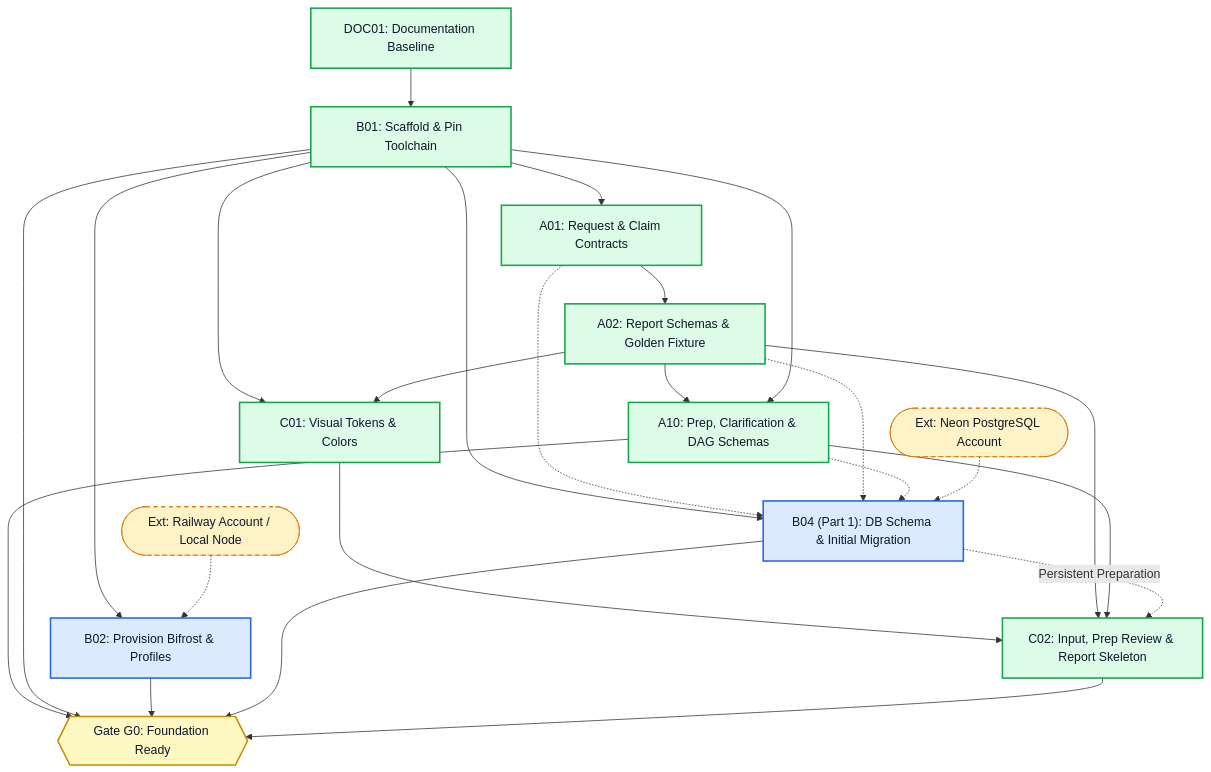
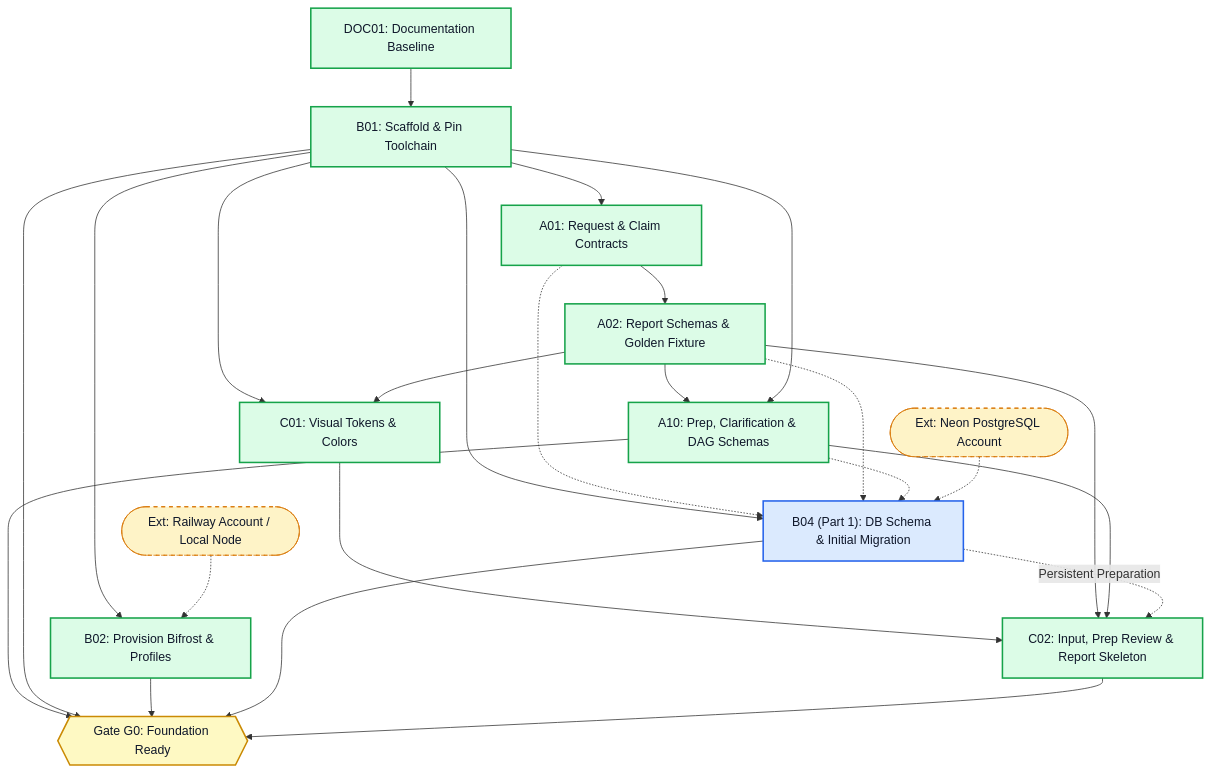
Before and after one commit to Driftaxe/Afterfact: the second of 6 diagrams in docs/PARALLEL-WORK-PLAN.md, drawn with Mermaid. The commit also changed other lines of this file, not shown here.

````diff
--- a/docs/PARALLEL-WORK-PLAN.md
+++ b/docs/PARALLEL-WORK-PLAN.md
@@ -129,51 +129,51 @@
 ```mermaid
 flowchart TD
     classDef verified fill:#dcfce7,stroke:#16a34a,stroke-width:2px,color:#0f172a;
     classDef unblocked fill:#dbeafe,stroke:#2563eb,stroke-width:2px,color:#0f172a;
     classDef external fill:#fef3c7,stroke:#d97706,stroke-width:1px,stroke-dasharray: 5 5,color:#0f172a;
     classDef gate fill:#fef9c3,stroke:#ca8a04,stroke-width:2px,color:#0f172a;
 
     DOC01["DOC01: Documentation Baseline"]:::verified
     B01["B01: Scaffold & Pin Toolchain"]:::verified
     A01["A01: Request & Claim Contracts"]:::verified
     A02["A02: Report Schemas & Golden Fixture"]:::verified
     A10["A10: Prep, Clarification & DAG Schemas"]:::verified
 
     BifrostExt(["Ext: Railway Account / Local Node"]):::external
-    B02["B02: Provision Bifrost & Profiles"]:::unblocked
+    B02["B02: Provision Bifrost & Profiles"]:::verified
 
     NeonAcct(["Ext: Neon PostgreSQL Account"]):::external
     B04a["B04 (Part 1): DB Schema & Initial Migration"]:::unblocked
 
     C01["C01: Visual Tokens & Colors"]:::verified
     C02["C02: Input, Prep Review & Report Skeleton"]:::verified
 
     GateG0{{"Gate G0: Foundation Ready"}}:::gate
 
     DOC01 --> B01
     B01 --> A01
     A01 --> A02
     A02 --> A10
     B01 --> A10
     B01 --> B02
     BifrostExt -.-> B02
 
     B01 --> B04a
     A01 -.-> B04a
     A02 -.-> B04a
     A10 -.-> B04a
     NeonAcct -.-> B04a
 
     B01 --> C01
     A02 --> C01
     C01 --> C02
     A02 --> C02
     A10 --> C02
     B04a -.->|Persistent Preparation| C02
 
     A10 --> GateG0
     B01 --> GateG0
     B02 --> GateG0
     B04a --> GateG0
     C02 --> GateG0
 ```
````
